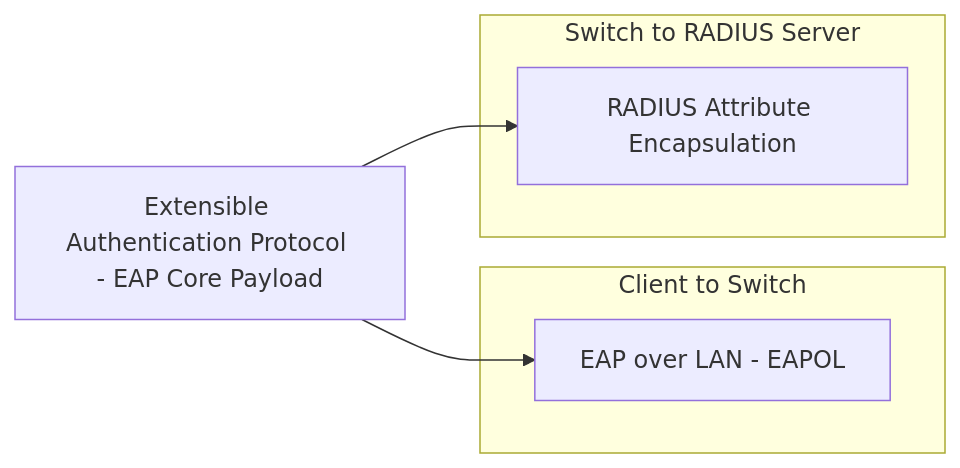
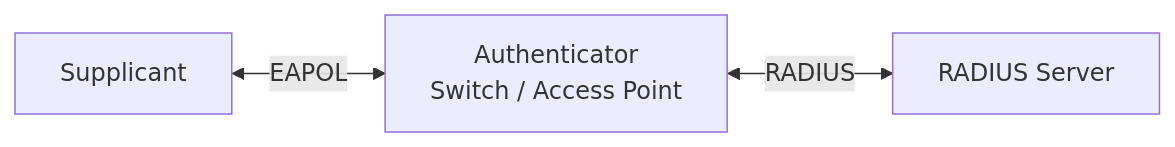
Before and after one commit to namaewafaisal/Obsidian_Vault: the first of 4 diagrams in 03-Academics/Network_Security/IEEE.md, drawn with Mermaid. The commit also changed other lines of this file and 6 other files, not shown here.

````diff
--- a/03-Academics/Network_Security/IEEE.md
+++ b/03-Academics/Network_Security/IEEE.md
@@ -29,12 +103,13 @@
-```mermaid
-graph LR
-    subgraph Client to Switch
-        EAPOL[EAP over LAN - EAPOL]
-    end
-    subgraph Switch to RADIUS Server
-        RADIUS[RADIUS Attribute Encapsulation]
-    end
-    EAP[Extensible Authentication Protocol - EAP Core Payload] --> EAPOL
-    EAP --> RADIUS
+```mermaid id="5hyvc7"
+flowchart LR
 
+    S[Supplicant]
+
+    A[Authenticator<br>Switch / Access Point]
+
+    R[RADIUS Server]
+
+    S <-- EAPOL --> A
+
+    A <-- RADIUS --> R
 ```
````
